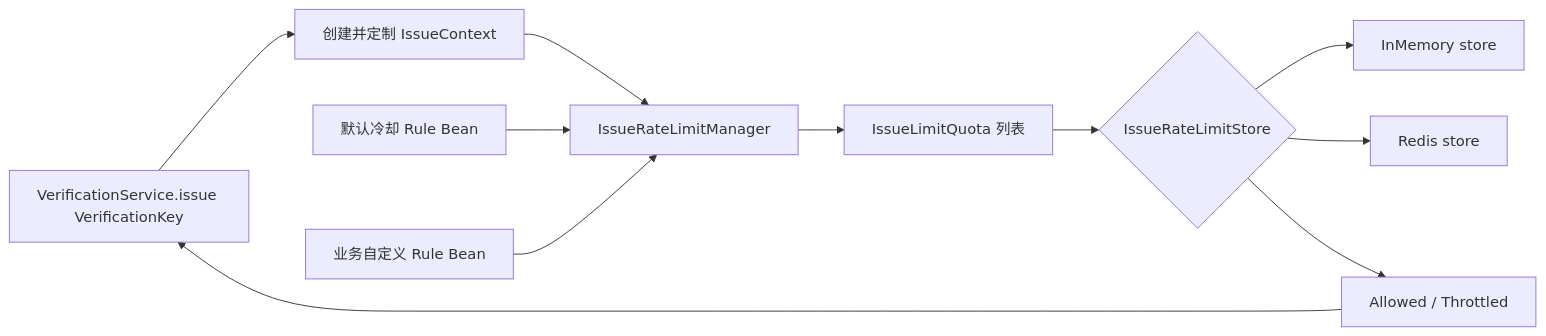
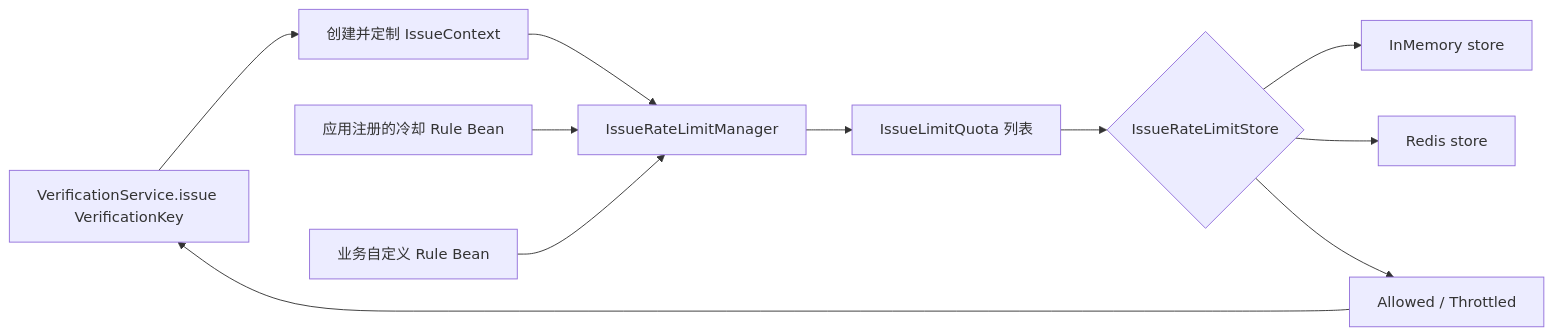
The first of 2 diagrams in ringo-boot-verification/src/main/java/io/github/ringotangs/ringoboot/verification/limit/README.md (RingoTangs/ringo-boot), drawn with Mermaid before and after one commit. The commit also changed other lines of this file and 3 other files, not shown here.

````diff
--- a/ringo-boot-verification/src/main/java/io/github/ringotangs/ringoboot/verification/limit/README.md
+++ b/ringo-boot-verification/src/main/java/io/github/ringotangs/ringoboot/verification/limit/README.md
@@ -10,13 +10,13 @@
 ```mermaid
 flowchart LR
     A[VerificationService.issue VerificationKey] --> B[创建并定制 IssueContext]
     B --> C[IssueRateLimitManager]
-    R1[默认冷却 Rule Bean] --> C
+    R1[应用注册的冷却 Rule Bean] --> C
     R2[业务自定义 Rule Bean] --> C
     C --> D[IssueLimitQuota 列表]
     D --> E{IssueRateLimitStore}
     E --> F[InMemory store]
     E --> G[Redis store]
     E --> H[Allowed / Throttled]
     H --> A
 ```
````
